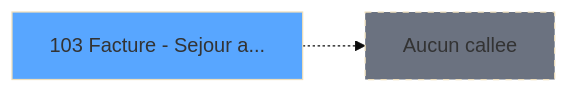
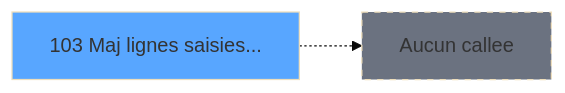
Before and after one commit to thonyAGP/magic-migration: the third of 3 diagrams in .openspec/specs/ADH-IDE-103.md, drawn with Mermaid (base theme). The commit also changed other lines of this file and 311 other files, not shown here.

````diff
--- a/.openspec/specs/ADH-IDE-103.md
+++ b/.openspec/specs/ADH-IDE-103.md
@@ -280,8 +210,8 @@
 ```mermaid
 graph LR
-    T103[103 Facture - Sejour a...]
+    T103[103 Maj lignes saisies...]
     style T103 fill:#58a6ff
     NONE[Aucun callee]
     T103 -.-> NONE
     style NONE fill:#6b7280,stroke-dasharray: 5 5
 ```
````
